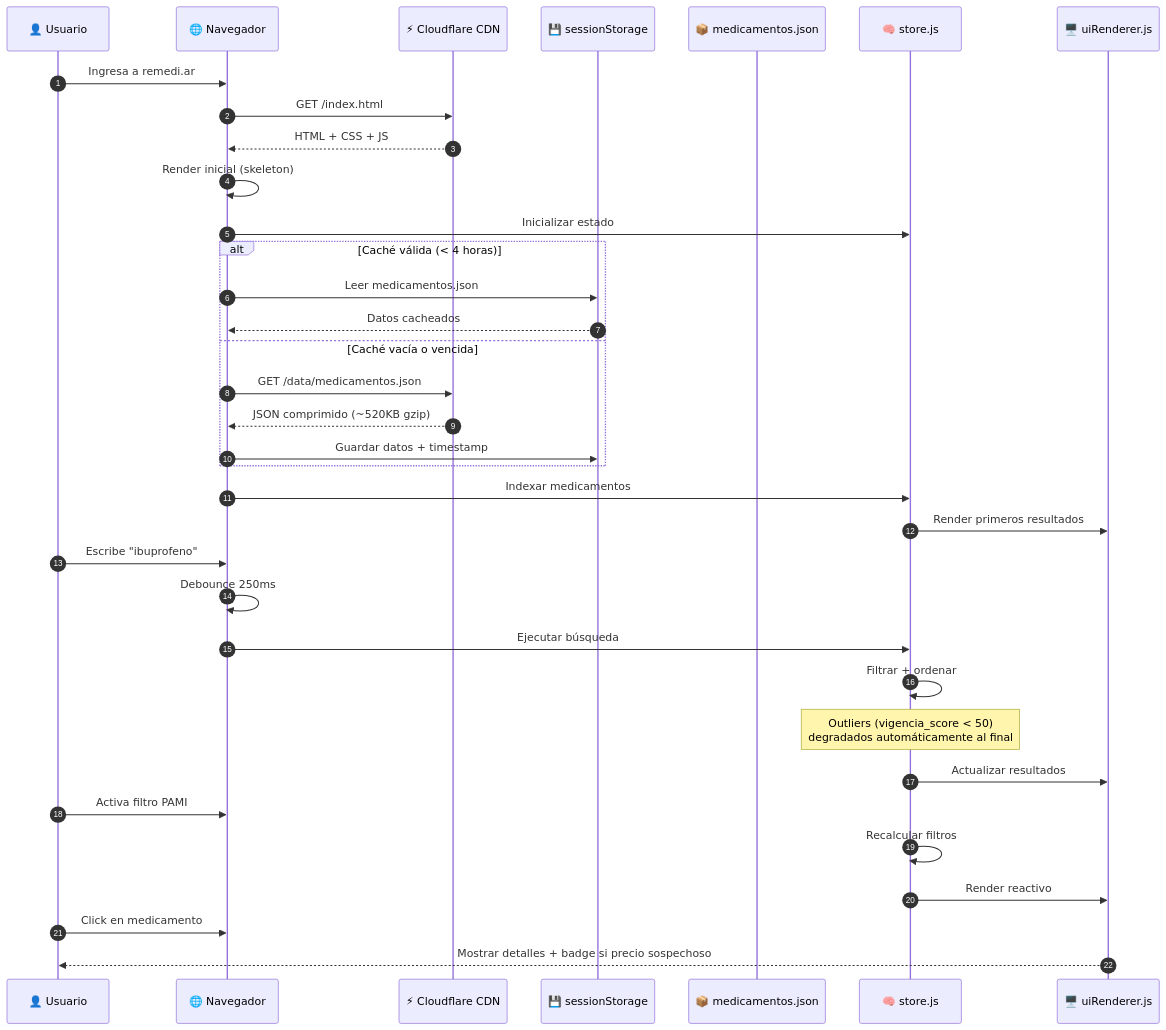
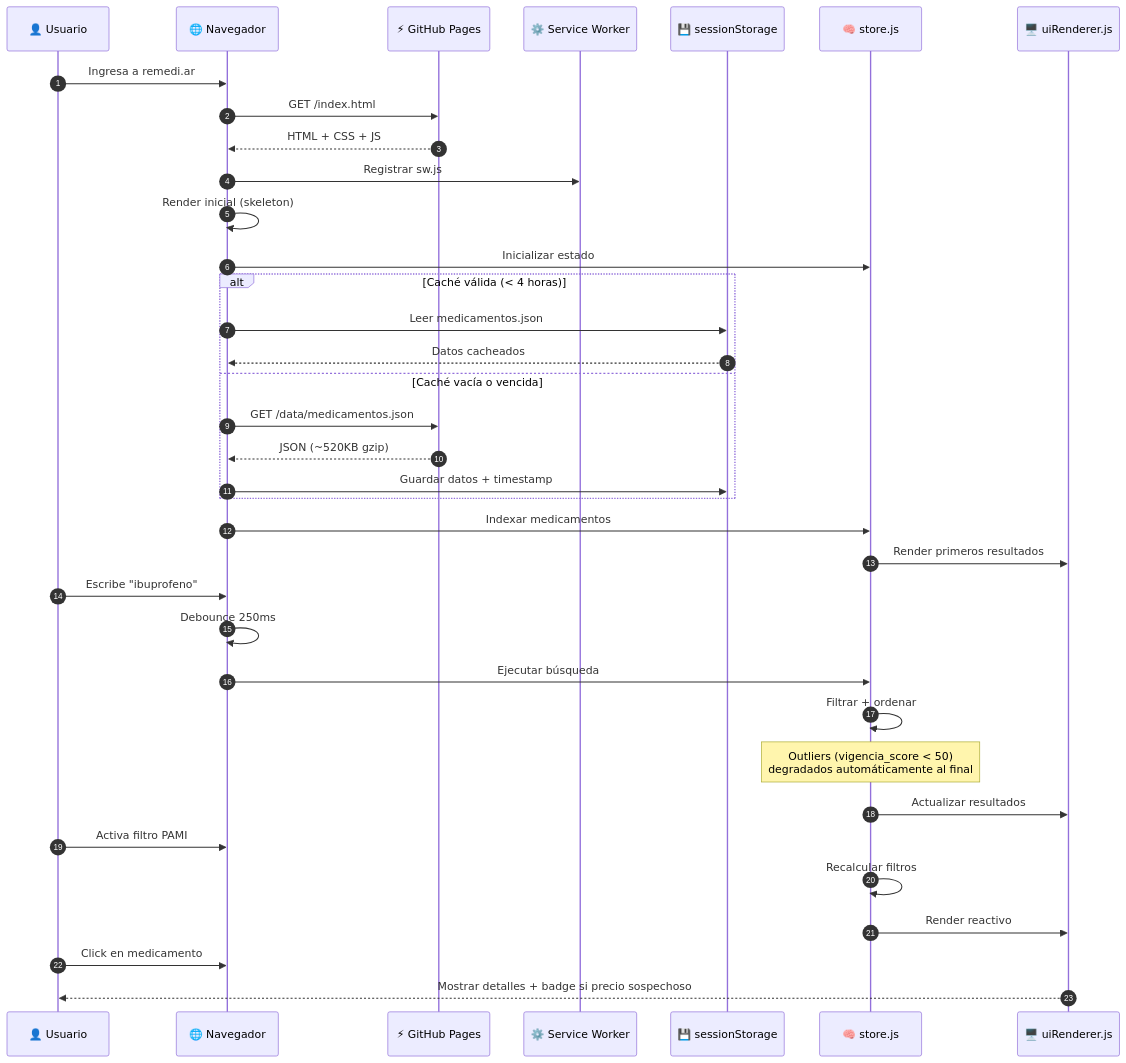
The first of 8 diagrams in README.md (psbella/remediar), drawn with Mermaid before and after one commit. The commit also changed other lines of this file, not shown here.

````diff
--- a/README.md
+++ b/README.md
@@ -188,48 +187,49 @@
 ```mermaid
 sequenceDiagram
     autonumber
 
     participant U as 👤 Usuario
     participant B as 🌐 Navegador
-    participant CDN as ⚡ Cloudflare CDN
+    participant GHP as ⚡ GitHub Pages
+    participant SW as ⚙️ Service Worker
     participant CACHE as 💾 sessionStorage
-    participant JSON as 📦 medicamentos.json
     participant STORE as 🧠 store.js
     participant UI as 🖥️ uiRenderer.js
 
     U->>B: Ingresa a remedi.ar
 
-    B->>CDN: GET /index.html
-    CDN-->>B: HTML + CSS + JS
+    B->>GHP: GET /index.html
+    GHP-->>B: HTML + CSS + JS
 
+    B->>SW: Registrar sw.js
     B->>B: Render inicial (skeleton)
     B->>STORE: Inicializar estado
 
     alt Caché válida (< 4 horas)
         B->>CACHE: Leer medicamentos.json
         CACHE-->>B: Datos cacheados
     else Caché vacía o vencida
-        B->>CDN: GET /data/medicamentos.json
-        CDN-->>B: JSON comprimido (~520KB gzip)
+        B->>GHP: GET /data/medicamentos.json
+        GHP-->>B: JSON (~520KB gzip)
         B->>CACHE: Guardar datos + timestamp
     end
 
     B->>STORE: Indexar medicamentos
     STORE->>UI: Render primeros resultados
 
     U->>B: Escribe "ibuprofeno"
 
     B->>B: Debounce 250ms
     B->>STORE: Ejecutar búsqueda
 
     STORE->>STORE: Filtrar + ordenar
     Note over STORE: Outliers (vigencia_score < 50)<br/>degradados automáticamente al final
     STORE->>UI: Actualizar resultados
 
     U->>B: Activa filtro PAMI
     STORE->>STORE: Recalcular filtros
     STORE->>UI: Render reactivo
 
     U->>B: Click en medicamento
     UI-->>U: Mostrar detalles + badge si precio sospechoso
 ```
````
